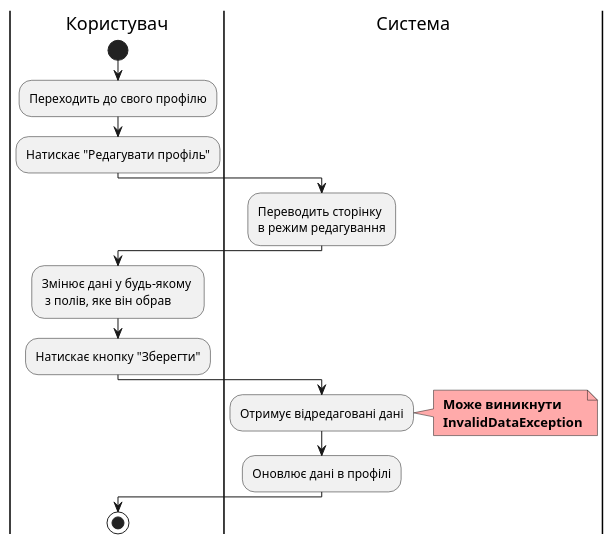
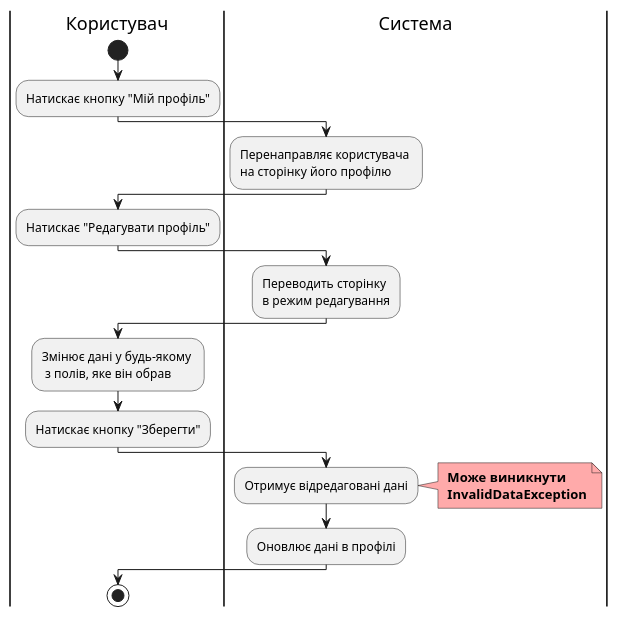
One commit to samoilenkomariia/db-coursework changed the second of 3 diagrams in docs/use cases/README.md. Above: the diagram before and after it, drawn with PlantUML. The commit also changed other lines of this file, not shown here.

```diff
--- a/docs/use cases/README.md
+++ b/docs/use cases/README.md
@@ -96,26 +96,30 @@
 @startuml
 
     |Користувач|
       start;
-        :Переходить до свого профілю;
+        :Натискає кнопку "Мій профіль";
+    |Система|
+        :Перенаправляє користувача \nна сторінку його профілю;
+        
+    |Користувач|
         :Натискає "Редагувати профіль";
         
     |Система|
         :Переводить сторінку \nв режим редагування;
         
     |Користувач|
         :Змінює дані у будь-якому \n з полів, яке він обрав;
         :Натискає кнопку "Зберегти";
 
     |Система|
         :Отримує відредаговані дані;
         note right #ffaaaa
         <b> Може виникнути
         <b> InvalidDataException
         end note
         :Оновлює дані в профілі;
         
   |Користувач|
     stop;
     
 @enduml
```
